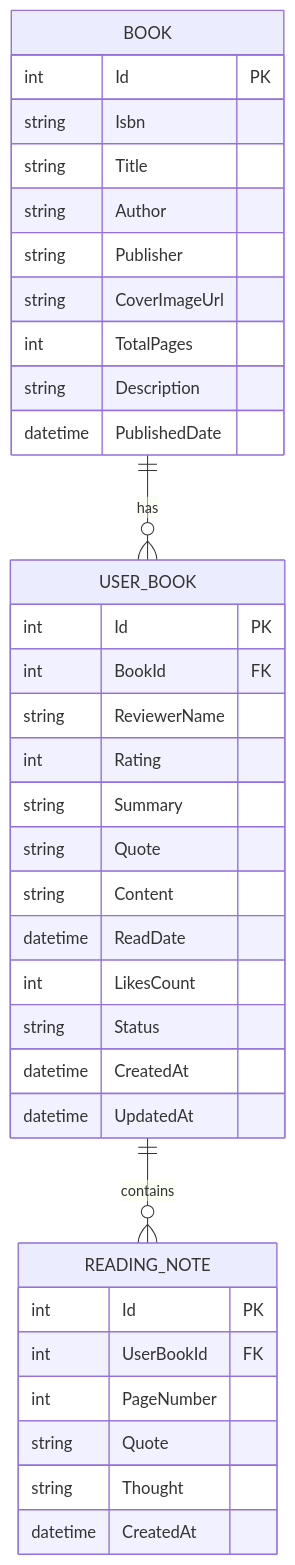
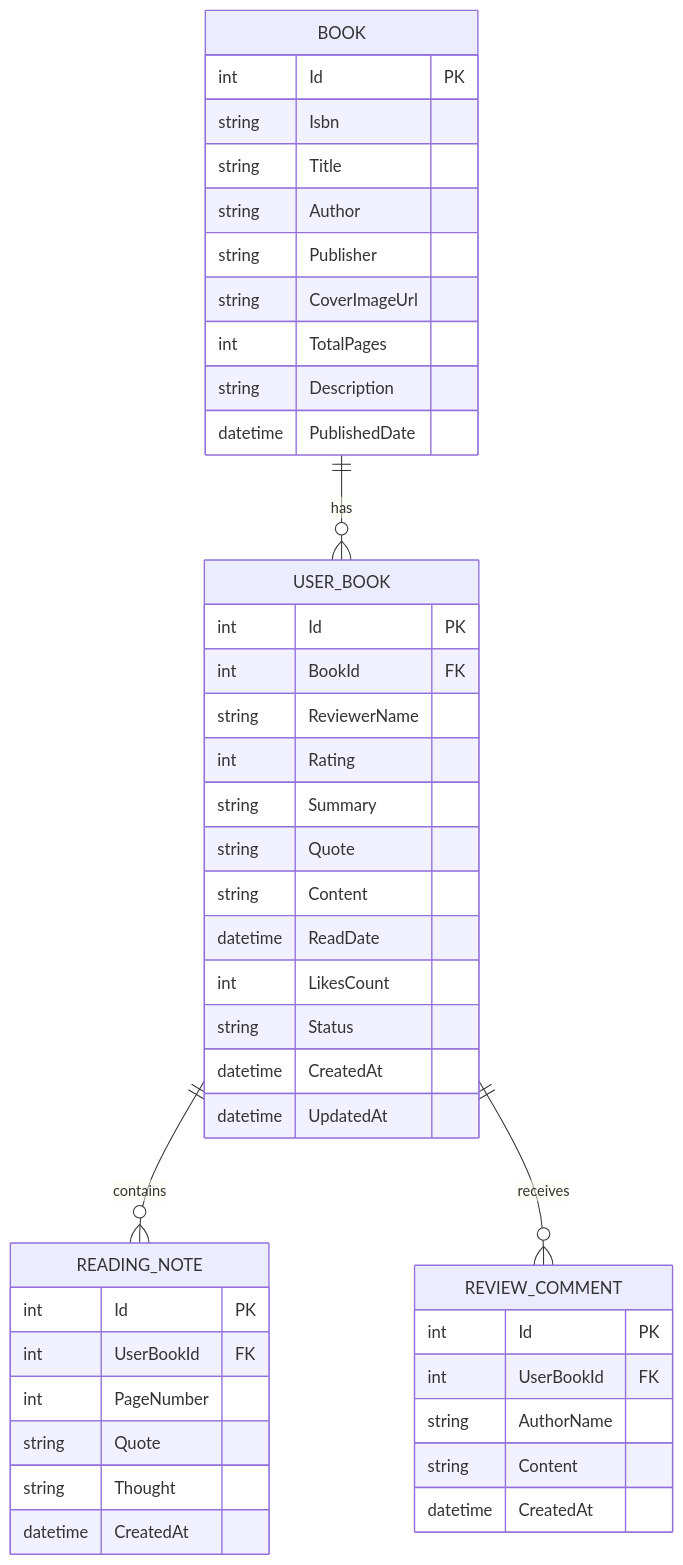
The second of 2 diagrams in README.md (dh1180/Read.md), drawn with Mermaid before and after one commit. The commit also changed other lines of this file and 10 other files, not shown here.

````diff
--- a/README.md
+++ b/README.md
@@ -273,41 +281,50 @@
 ```mermaid
 erDiagram
     BOOK ||--o{ USER_BOOK : has
     USER_BOOK ||--o{ READING_NOTE : contains
+    USER_BOOK ||--o{ REVIEW_COMMENT : receives
 
     BOOK {
         int Id PK
         string Isbn
         string Title
         string Author
         string Publisher
         string CoverImageUrl
         int TotalPages
         string Description
         datetime PublishedDate
     }
 
     USER_BOOK {
         int Id PK
         int BookId FK
         string ReviewerName
         int Rating
         string Summary
         string Quote
         string Content
         datetime ReadDate
         int LikesCount
         string Status
         datetime CreatedAt
         datetime UpdatedAt
     }
 
     READING_NOTE {
         int Id PK
         int UserBookId FK
         int PageNumber
         string Quote
         string Thought
         datetime CreatedAt
     }
+
+    REVIEW_COMMENT {
+        int Id PK
+        int UserBookId FK
+        string AuthorName
+        string Content
+        datetime CreatedAt
+    }
 ```
````
